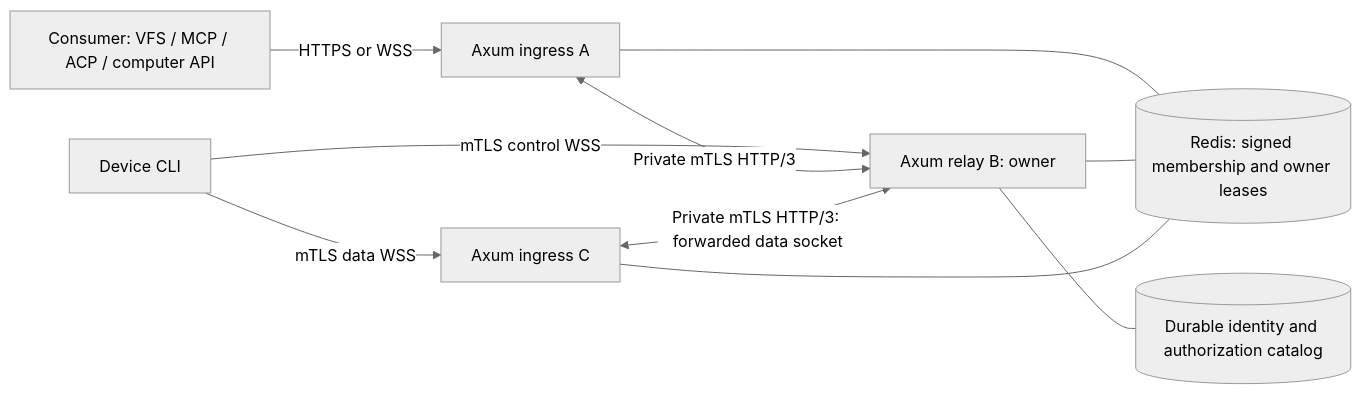
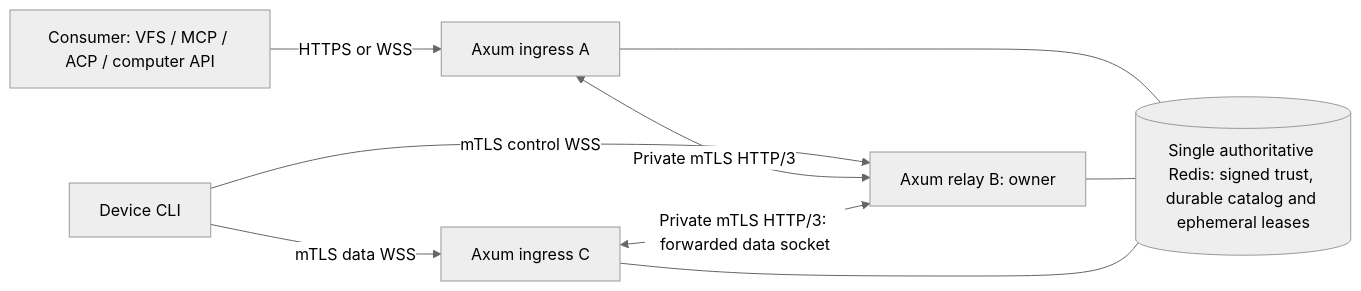
Before and after one commit to andymac4182/agent-tunnel: the diagram in docs/cluster.md, drawn with Mermaid (neutral theme). The commit also changed other lines of this file and 64 other files, not shown here.

````diff
--- a/docs/cluster.md
+++ b/docs/cluster.md
@@ -16,12 +18,11 @@
 ```mermaid
 flowchart LR
     C[Consumer: VFS / MCP / ACP / computer API] -->|HTTPS or WSS| A[Axum ingress A]
     D[Device CLI] -->|mTLS control WSS| B[Axum relay B: owner]
     D -->|mTLS data WSS| E[Axum ingress C]
     A <-->|Private mTLS HTTP/3| B
     E <-->|Private mTLS HTTP/3: forwarded data socket| B
-    A --- R[(Redis: signed membership and owner leases)]
+    A --- R[(Single authoritative Redis: signed trust, durable catalog and ephemeral leases)]
     B --- R
     E --- R
-    B --- P[(Durable identity and authorization catalog)]
 ```
````
